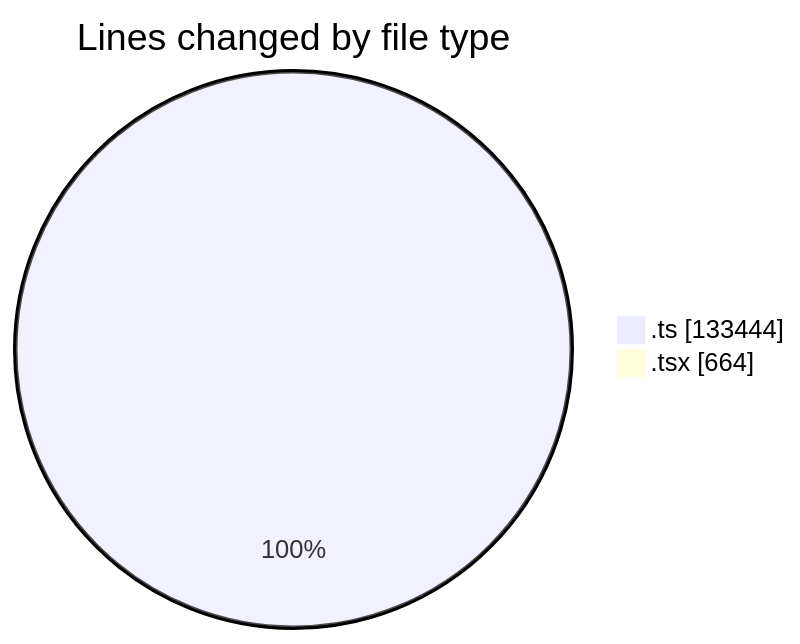
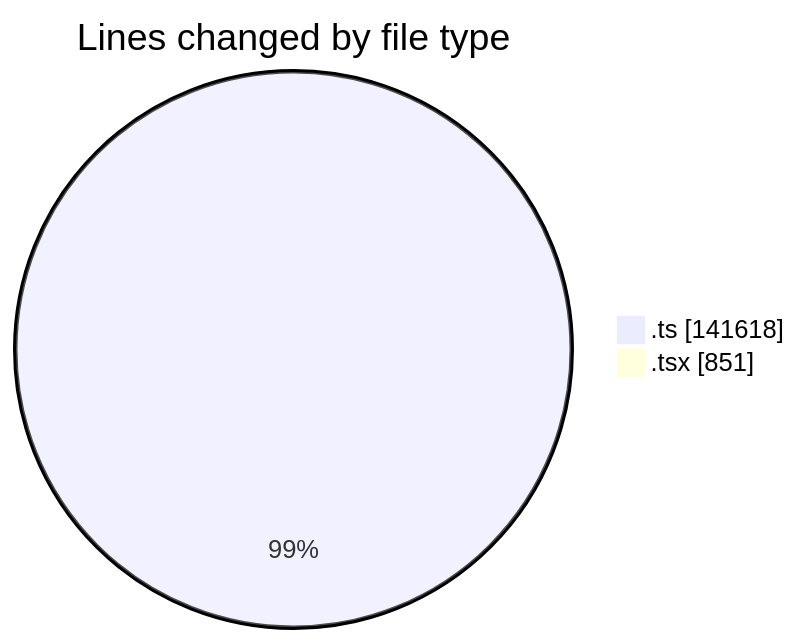
One commit to momahboobian/code-tracking changed the first of 2 diagrams in 2025-08-22/cda/README.md. Above: the diagram before and after it, drawn with Mermaid. The commit also changed other lines of this file and 1 other file, not shown here.

````diff
--- a/2025-08-22/cda/README.md
+++ b/2025-08-22/cda/README.md
@@ -33,6 +34,6 @@
 ```mermaid
 pie showData
 title Lines changed by file type
-".ts" : 133444
-".tsx" : 664
+".ts" : 141618
+".tsx" : 851
 ```
````
